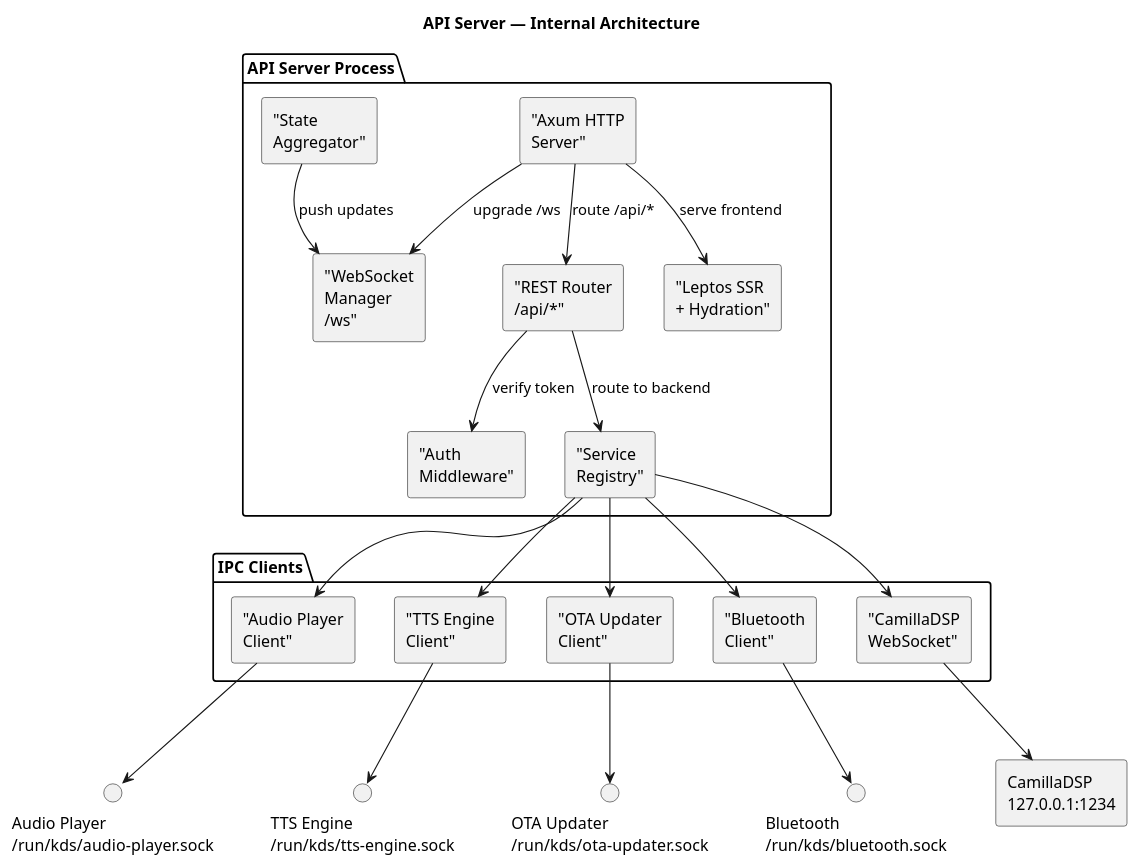
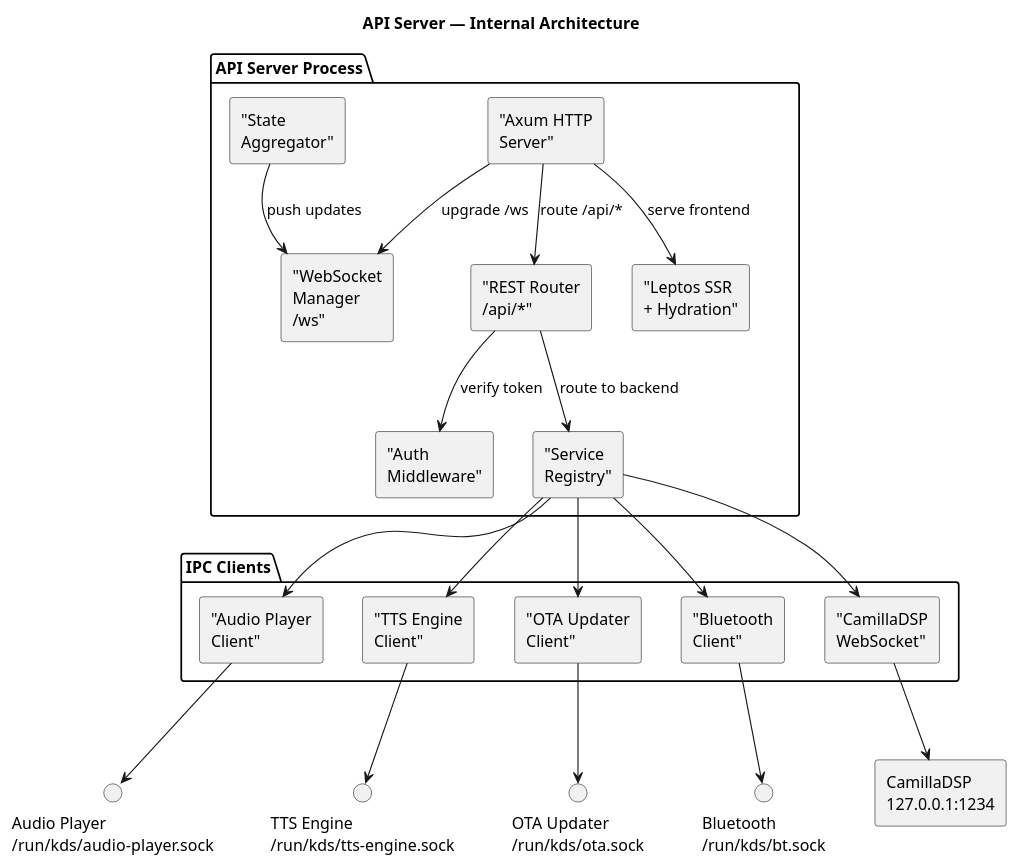
The diagram in docs/source/architecture/api-server/solution-design.rst (LydByDissing/kids-desktop-speaker), drawn with PlantUML before and after one commit. The commit also changed other lines of this file and 20 other files, not shown here.

```diff
--- a/docs/source/architecture/api-server/solution-design.rst
+++ b/docs/source/architecture/api-server/solution-design.rst
@@ -39,52 +39,52 @@
 .. plantuml::
    :caption: API Server — Internal Architecture
    :name: fig-api-internal
 
    @startuml
    skinparam componentStyle rectangle
    skinparam backgroundColor white
 
    title API Server — Internal Architecture
 
    package "API Server Process" as api {
        component ["Axum HTTP\nServer"] as http
        component ["Leptos SSR\n+ Hydration"] as leptos
        component ["REST Router\n/api/*"] as rest
        component ["WebSocket\nManager\n/ws"] as ws
        component ["Auth\nMiddleware"] as auth
        component ["Service\nRegistry"] as registry
        component ["State\nAggregator"] as state
    }
 
    package "IPC Clients" as ipc {
        component ["Audio Player\nClient"] as ap_client
        component ["TTS Engine\nClient"] as tts_client
        component ["OTA Updater\nClient"] as ota_client
        component ["Bluetooth\nClient"] as bt_client
        component ["CamillaDSP\nWebSocket"] as cdsp_client
    }
 
    interface "Audio Player\n/run/kds/audio-player.sock" as ap_sock
    interface "TTS Engine\n/run/kds/tts-engine.sock" as tts_sock
-   interface "OTA Updater\n/run/kds/ota-updater.sock" as ota_sock
-   interface "Bluetooth\n/run/kds/bluetooth.sock" as bt_sock
+   interface "OTA Updater\n/run/kds/ota.sock" as ota_sock
+   interface "Bluetooth\n/run/kds/bt.sock" as bt_sock
    component "CamillaDSP\n127.0.0.1:1234" as cdsp
 
    http --> leptos : serve frontend
    http --> rest : route /api/*
    http --> ws : upgrade /ws
    rest --> auth : verify token
    rest --> registry : route to backend
    registry --> ap_client
    registry --> tts_client
    registry --> ota_client
    registry --> bt_client
    registry --> cdsp_client
    ap_client --> ap_sock
    tts_client --> tts_sock
    ota_client --> ota_sock
    bt_client --> bt_sock
    cdsp_client --> cdsp
    state --> ws : push updates
 
    @enduml
```
